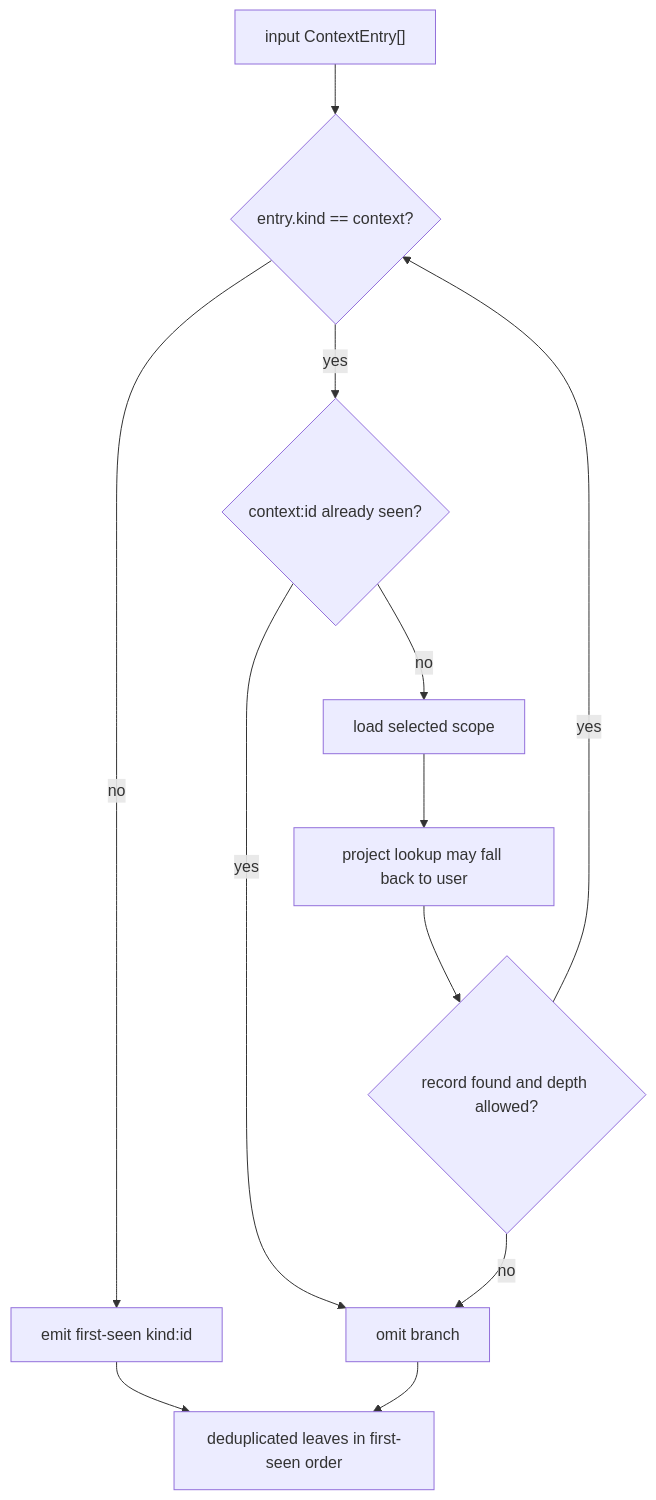
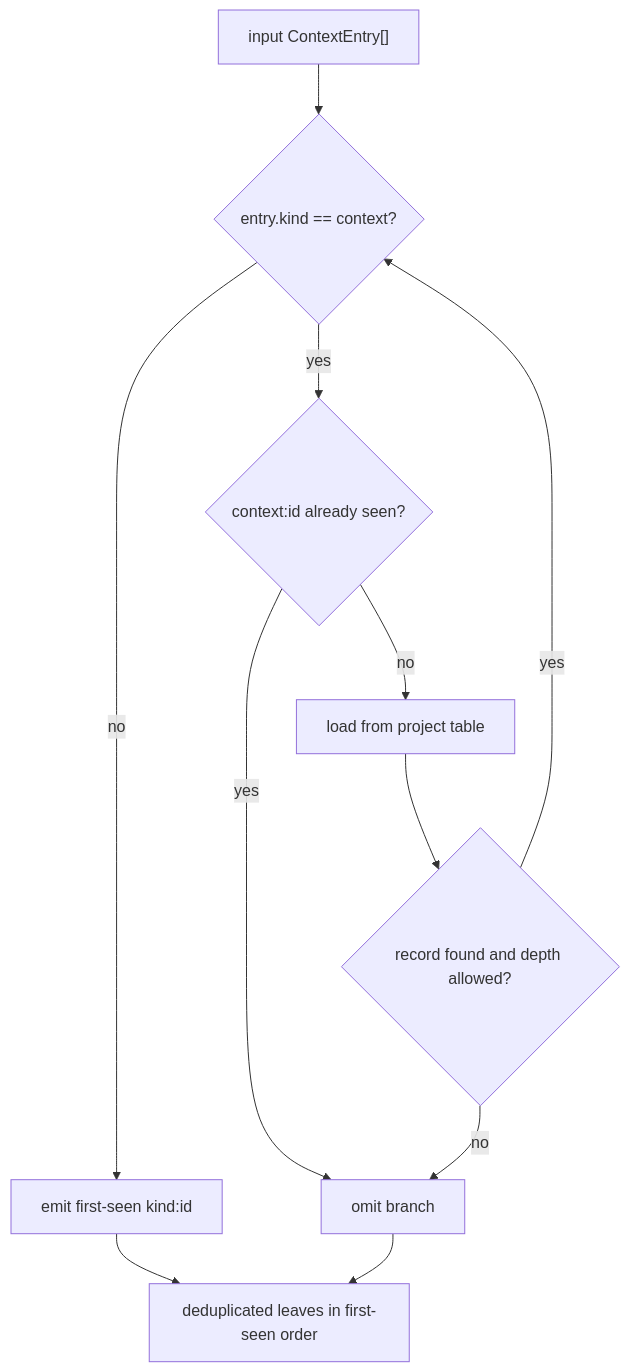
The third of 3 diagrams in apps/backend/src/3-capabilities/context/docs/concepts.md (gccurtis/icarus), drawn with Mermaid before and after one commit. The commit also changed other lines of this file and 12 other files, not shown here.

First line of the commit message:
context: collapse to project-only scope, add union/difference endpoints

````diff
--- a/apps/backend/src/3-capabilities/context/docs/concepts.md
+++ b/apps/backend/src/3-capabilities/context/docs/concepts.md
@@ -71,14 +60,13 @@
 ```mermaid
 flowchart TD
   IN["input ContextEntry[]"] --> E{"entry.kind == context?"}
   E -->|no| LEAF["emit first-seen kind:id"]
   E -->|yes| SEEN{"context:id already seen?"}
   SEEN -->|yes| OMIT["omit branch"]
-  SEEN -->|no| LOAD["load selected scope"]
-  LOAD --> FALLBACK["project lookup may fall back to user"]
-  FALLBACK --> FOUND{"record found and depth allowed?"}
+  SEEN -->|no| LOAD["load from project table"]
+  LOAD --> FOUND{"record found and depth allowed?"}
   FOUND -->|no| OMIT
   FOUND -->|yes| E
   LEAF --> OUT["deduplicated leaves in first-seen order"]
   OMIT --> OUT
 ```
````
